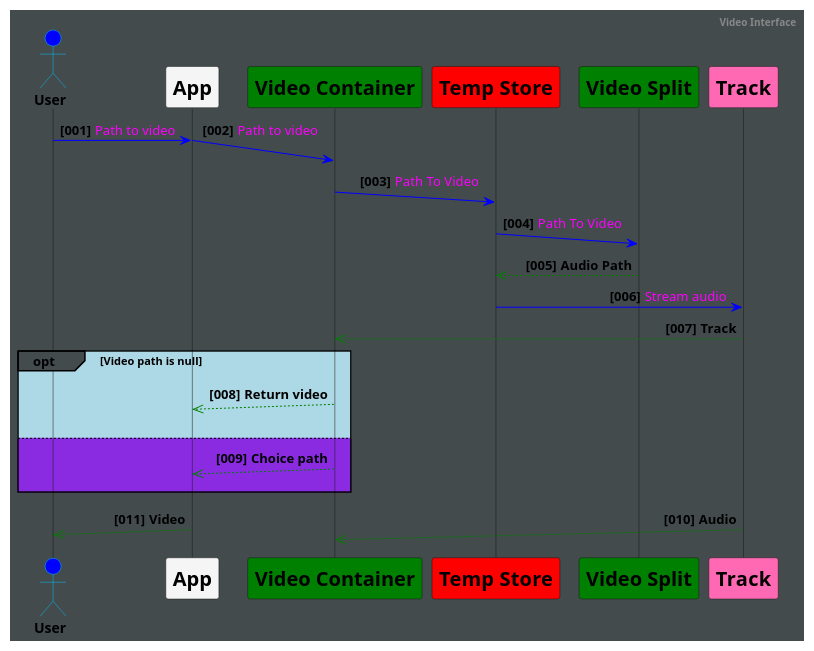
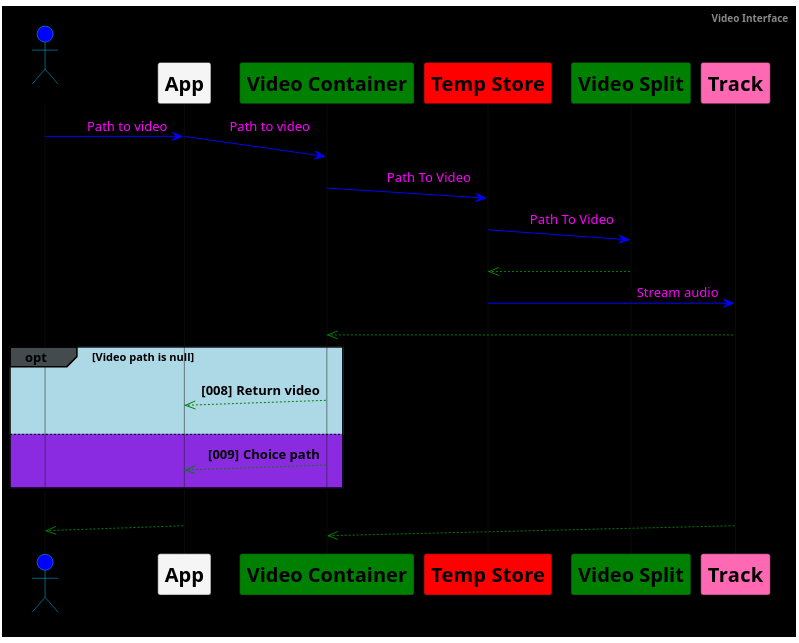
Before and after one commit to slepming/Transfer: the diagram in Transfer.Game/VideoInterface.wsd, drawn with PlantUML. The commit also changed 1 other file, not shown here.

```diff
--- a/Transfer.Game/VideoInterface.wsd
+++ b/Transfer.Game/VideoInterface.wsd
@@ -1,50 +1,50 @@
 @startuml VideoInterface
 
 !pragma teoz true
 
 skinparam sequenceMessageAlign right
 skinparam responseMessageBelowArrow true
 skinparam Handwritten false
-skinparam backgroundColor #434B4D
+skinparam backgroundColor black
 skinparam lifelineStrategy solid
 
 skinparam sequence{
     ParticipantFontName FiraCode Nerd Font
     ParticipantFontSize 20
     ParticipantFontStyle bold
     ActorBorderColor DeepSkyBlue
 }
 
 header <b>Video Interface
 
 autonumber "<b>[000]"
 actor "<b>User" as user order 0 #blue
 participant "<b>App" as app order 1 #WhiteSmoke 
 participant "Track" as track order 6 #HotPink 
 participant "Video Container" as video order 2 #green 
 participant "Video Split" as vs order 5 #green 
 participant "Temp Store" as ts order 4 #red
 
 
 
 user -[#blue]>(0) app: <color #f0f>Path to video</color>
 & app -[#blue]>(20) video: <color #f0f>Path to video</color>
 video -[#blue]>(10) ts: <color #f0f>Path To Video</color>
 ts -[#blue]>(10) vs: <color #f0f>Path To Video</color>
 vs --[#green]>> ts: <b>Audio Path
 ts -[#blue]> track: <color #f0f>Stream audio</color>
 track --[#green]>> video: <b>Track
 opt#434B4D #LightBlue Video path is null
     video --[#green]>>(5) app: <b>Return video
     ||10||
 else #BlueViolet
     video --[#green]>>(5) app: <b>Choice path
     ||10||
 end
 track --[#green]>>(10) video: <b>Audio
 
 
 
 & app --[#green]>>(5) user: <b>Video
 
 @enduml
```
